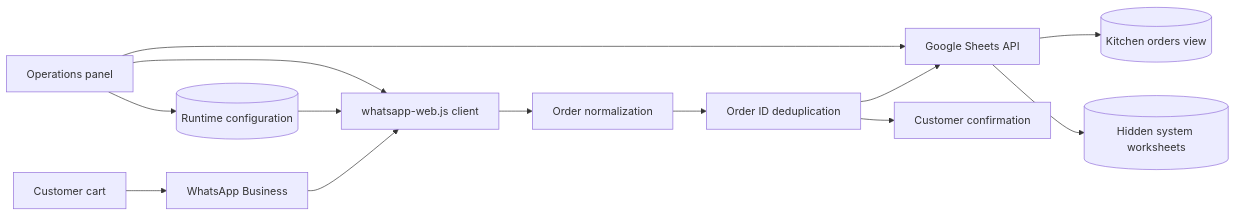
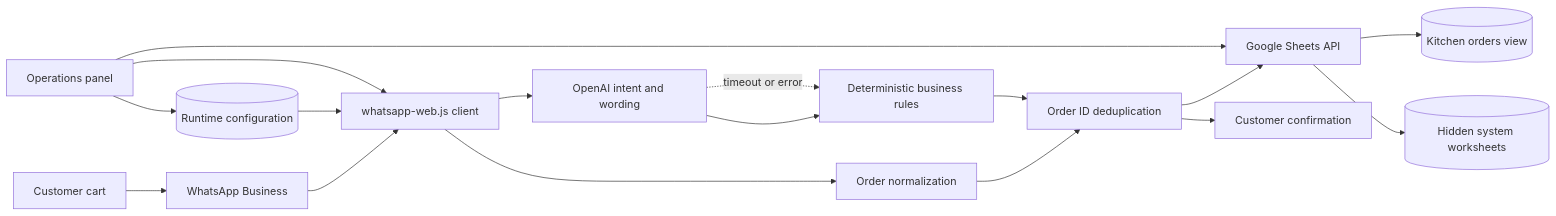
Before and after one commit to Jehosua97/whatsapp-orders-google-sheets: the diagram in README.md, drawn with Mermaid. The commit also changed other lines of this file and 15 other files, not shown here.

````diff
--- a/README.md
+++ b/README.md
@@ -18,15 +18,19 @@
 ```mermaid
 flowchart LR
     Customer[Customer cart] --> WA[WhatsApp Business]
     WA --> Client[whatsapp-web.js client]
     Client --> Normalize[Order normalization]
     Normalize --> Dedup[Order ID deduplication]
     Dedup --> Sheets[Google Sheets API]
+    Client --> AI[OpenAI intent and wording]
+    AI --> Rules[Deterministic business rules]
+    Rules --> Dedup
+    AI -. timeout or error .-> Rules
     Sheets --> Kitchen[(Kitchen orders view)]
     Sheets --> Internal[(Hidden system worksheets)]
     Dedup --> Reply[Customer confirmation]
     Admin[Operations panel] --> Config[(Runtime configuration)]
     Config --> Client
     Admin --> Sheets
     Admin --> Client
 ```
````
